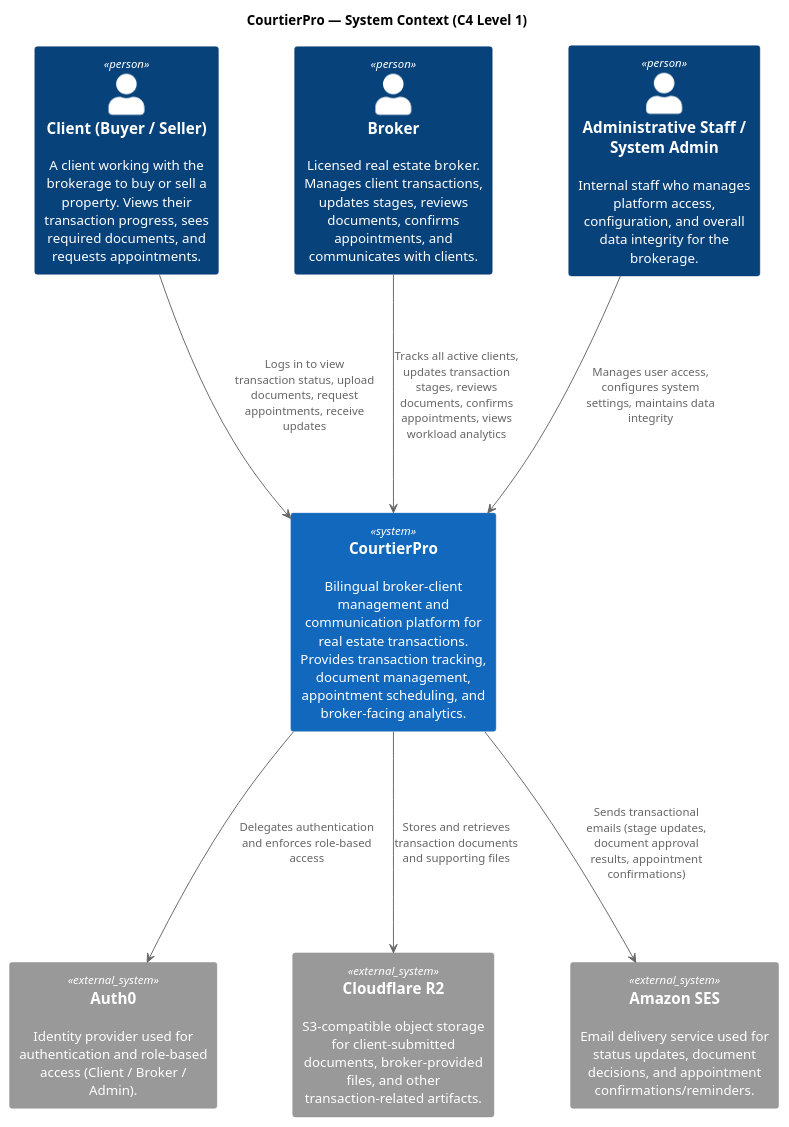
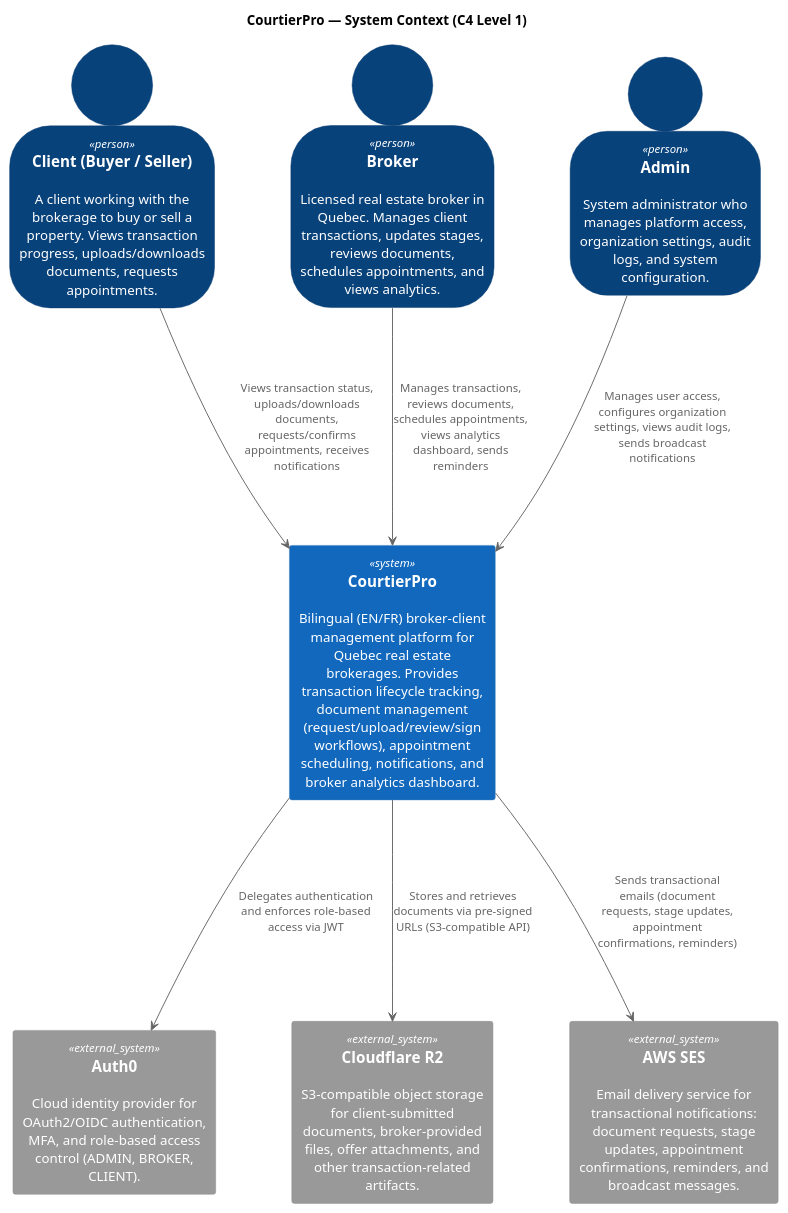
One commit to CourtierPro/CourtierPro changed the diagram in docs/PersonalUseCase/Shawn/ManageTransactionDocuments/Artifacts/C4Level1.puml. Above: the diagram before and after it, drawn with PlantUML. The commit also changed 34 other files, not shown here.

Commit message:
Diagrams updated

```diff
--- a/docs/PersonalUseCase/Shawn/ManageTransactionDocuments/Artifacts/C4Level1.puml
+++ b/docs/PersonalUseCase/Shawn/ManageTransactionDocuments/Artifacts/C4Level1.puml
@@ -1,32 +1,29 @@
 @startuml C4Level1
 !include https://raw.githubusercontent.com/plantuml-stdlib/C4-PlantUML/master/C4_Context.puml
 
+LAYOUT_TOP_DOWN()
+SHOW_PERSON_OUTLINE()
+
 title CourtierPro — System Context (C4 Level 1)
 
-' ==== USERS ====
-Person(client, "Client (Buyer / Seller)", "A client working with the brokerage to buy or sell a property. Views their transaction progress, sees required documents, and requests appointments.")
-Person(broker, "Broker", "Licensed real estate broker. Manages client transactions, updates stages, reviews documents, confirms appointments, and communicates with clients.")
-Person(admin, "Administrative Staff / System Admin", "Internal staff who manages platform access, configuration, and overall data integrity for the brokerage.")
+Person(client, "Client (Buyer / Seller)", "A client working with the brokerage to buy or sell a property. Views transaction progress, uploads/downloads documents, requests appointments.")
+Person(broker, "Broker", "Licensed real estate broker in Quebec. Manages client transactions, updates stages, reviews documents, schedules appointments, and views analytics.")
+Person(admin, "Admin", "System administrator who manages platform access, organization settings, audit logs, and system configuration.")
 
-' ==== MAIN SYSTEM ====
-System(courtierPro, "CourtierPro", "Bilingual broker–client management and communication platform for real estate transactions. Provides transaction tracking, document management, appointment scheduling, and broker-facing analytics.")
+System(courtierPro, "CourtierPro", "Bilingual (EN/FR) broker-client management platform for Quebec real estate brokerages. Provides transaction lifecycle tracking, document management (request/upload/review/sign workflows), appointment scheduling, notifications, and broker analytics dashboard.")
 
-' ==== EXTERNAL SERVICES ====
-System_Ext(auth0, "Auth0", "Identity provider used for authentication and role-based access (Client / Broker / Admin).")
-System_Ext(cloudflareR2, "Cloudflare R2", "S3-compatible object storage for client-submitted documents, broker-provided files, and other transaction-related artifacts.")
-System_Ext(amazonSES, "Amazon SES", "Email delivery service used for status updates, document decisions, and appointment confirmations/reminders.")
+System_Ext(auth0, "Auth0", "Cloud identity provider for OAuth2/OIDC authentication, MFA, and role-based access control (ADMIN, BROKER, CLIENT).")
+System_Ext(cloudflareR2, "Cloudflare R2", "S3-compatible object storage for client-submitted documents, broker-provided files, offer attachments, and other transaction-related artifacts.")
+System_Ext(amazonSES, "AWS SES", "Email delivery service for transactional notifications: document requests, stage updates, appointment confirmations, reminders, and broadcast messages.")
 
-' ==== RELATIONSHIPS (USERS <-> COURTIERPRO) ====
-client --> courtierPro : "Logs in to view transaction status, upload documents, request appointments, receive updates"
-broker --> courtierPro : "Tracks all active clients, updates transaction stages, reviews documents, confirms appointments, views workload analytics"
-admin --> courtierPro  : "Manages user access, configures system settings, maintains data integrity"
+client --> courtierPro : "Views transaction status, uploads/downloads documents, requests/confirms appointments, receives notifications"
+broker --> courtierPro : "Manages transactions, reviews documents, schedules appointments, views analytics dashboard, sends reminders"
+admin --> courtierPro : "Manages user access, configures organization settings, views audit logs, sends broadcast notifications"
 
-' ==== RELATIONSHIPS (COURTIERPRO <-> EXTERNAL SERVICES) ====
-courtierPro --> auth0     : "Delegates authentication and enforces role-based access"
-courtierPro --> cloudflareR2  : "Stores and retrieves transaction documents and supporting files"
-courtierPro --> amazonSES : "Sends transactional emails (stage updates, document approval results, appointment confirmations)"
+courtierPro --> auth0     : "Delegates authentication and enforces role-based access via JWT"
+courtierPro --> cloudflareR2  : "Stores and retrieves documents via pre-signed URLs (S3-compatible API)"
+courtierPro --> amazonSES : "Sends transactional emails (document requests, stage updates, appointment confirmations, reminders)"
 
-' --- spacing tweaks ---
 skinparam nodesep 80
 skinparam ranksep 150
 @enduml
```
